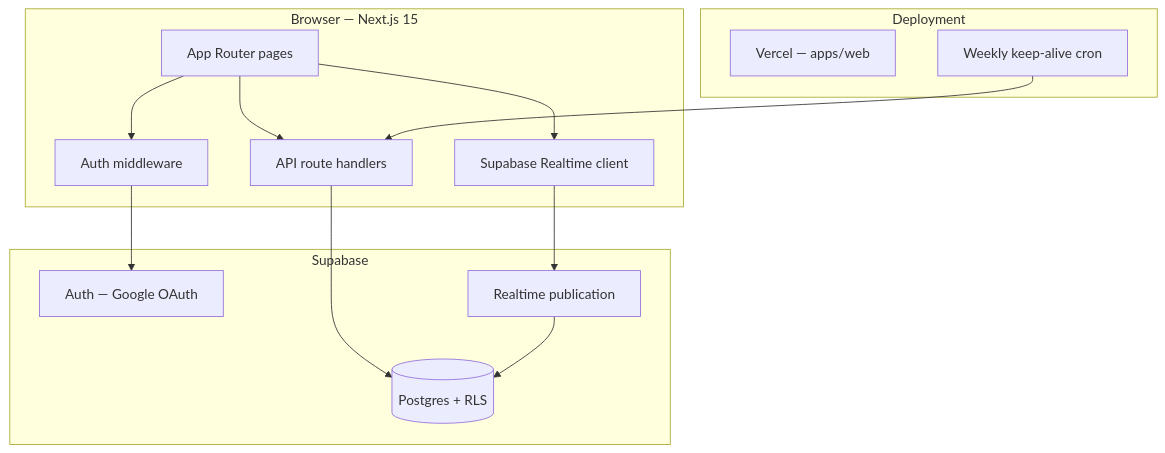
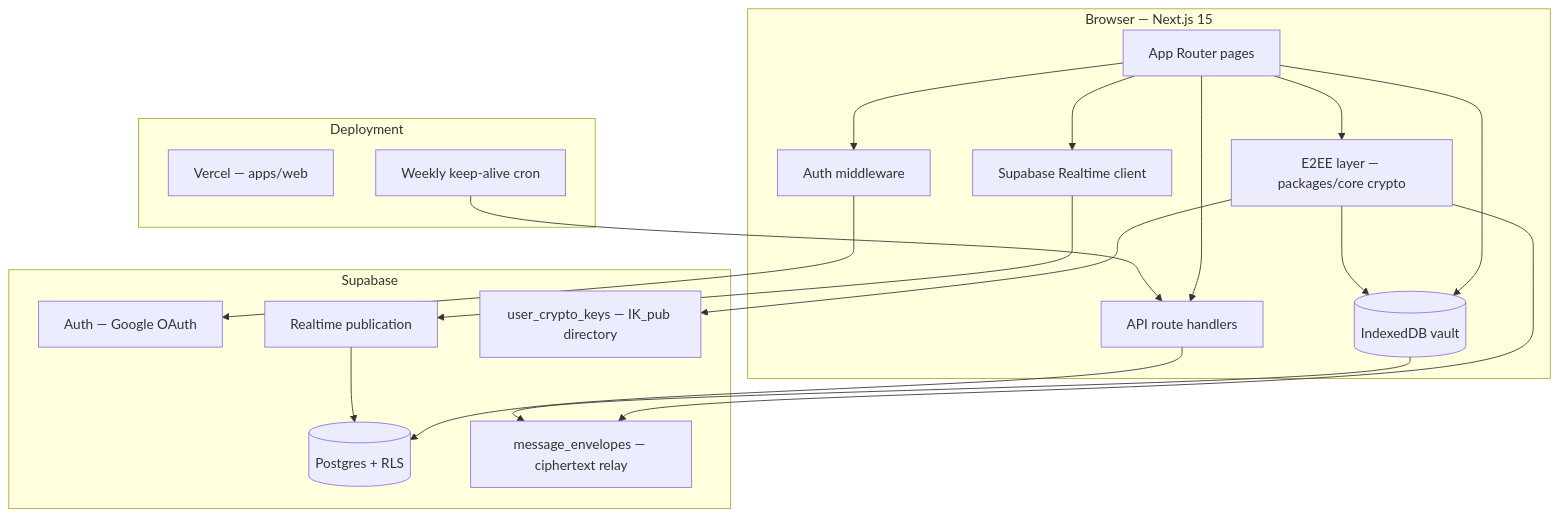
The first of 2 diagrams in architecture/README.md (mustafafoisol/CallingApp), drawn with Mermaid before and after one commit. The commit also changed other lines of this file and 3 other files, not shown here.

First line of the commit message:
docs(architecture): document E2EE send, receive, and realtime paths

````diff
--- a/architecture/README.md
+++ b/architecture/README.md
@@ -17,29 +17,39 @@
 ```mermaid
 flowchart TB
   subgraph client [Browser — Next.js 15]
     Pages[App Router pages]
     Middleware[Auth middleware]
     API[API route handlers]
     Realtime[Supabase Realtime client]
+    Vault[(IndexedDB vault)]
+    E2EE[E2EE layer — packages/core crypto]
   end
 
   subgraph supabase [Supabase]
     Auth[Auth — Google OAuth]
     PG[(Postgres + RLS)]
     RT[Realtime publication]
+    Pubkeys[user_crypto_keys — IK_pub directory]
+    Envelopes[message_envelopes — ciphertext relay]
   end
 
   subgraph deploy [Deployment]
     Vercel[Vercel — apps/web]
     Cron[Weekly keep-alive cron]
   end
 
   Pages --> Middleware
   Pages --> API
   Pages --> Realtime
+  Pages --> Vault
+  Pages --> E2EE
+  E2EE --> Vault
   Middleware --> Auth
   API --> PG
   Realtime --> RT
   RT --> PG
+  E2EE --> Pubkeys
+  E2EE --> Envelopes
+  Vault --> Envelopes
   Cron --> API
 ```
````
